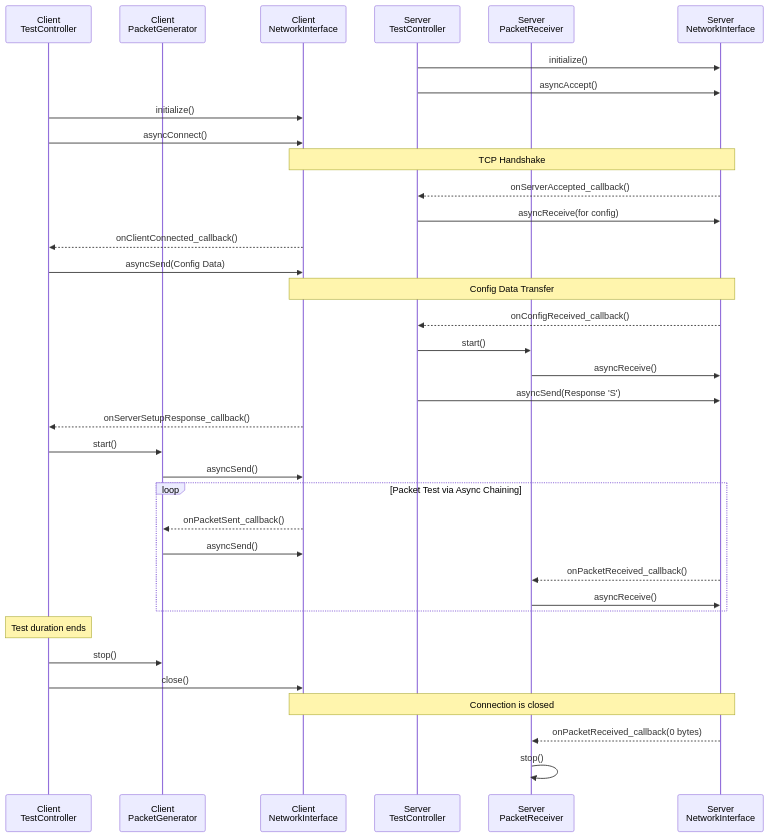
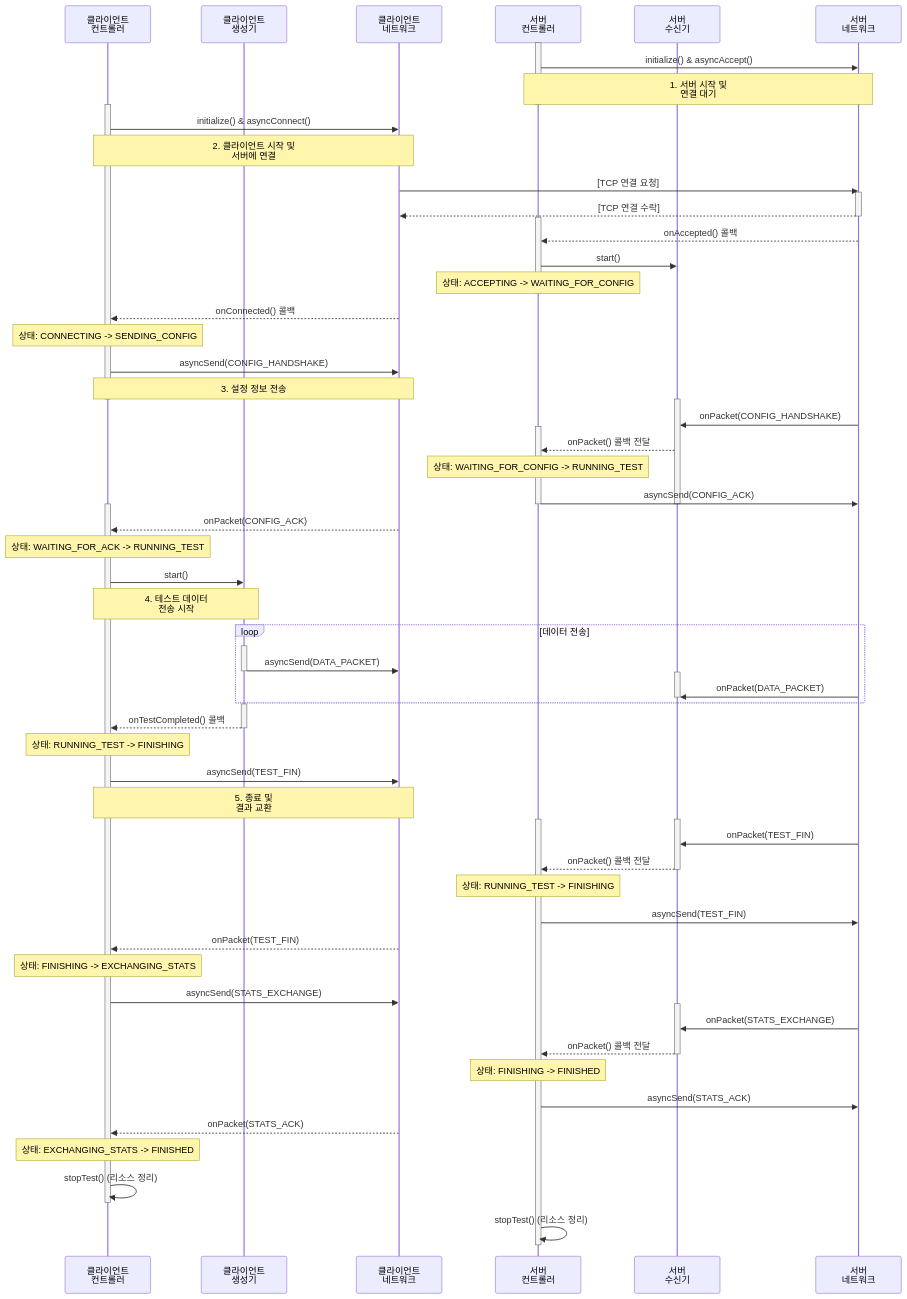
Before and after one commit to JunKIM2603a/MyIperf: the diagram in UML/SequenceDiagram.md, drawn with Mermaid. The commit also changed other lines of this file and 13 other files, not shown here.

Commit message:
데이터 교환 OK, UML 업데이트

````diff
--- a/UML/SequenceDiagram.md
+++ b/UML/SequenceDiagram.md
@@ -1,50 +7,94 @@
 ```mermaid
 sequenceDiagram
-    participant ClientTC as Client<br>TestController
-    participant ClientPG as Client<br>PacketGenerator
-    participant ClientNI as Client<br>NetworkInterface
-    participant ServerTC as Server<br>TestController
-    participant ServerPR as Server<br>PacketReceiver
-    participant ServerNI as Server<br>NetworkInterface
+    participant C_TC as 클라이언트<br>컨트롤러
+    participant C_PG as 클라이언트<br>생성기
+    participant C_NI as 클라이언트<br>네트워크
+    participant S_TC as 서버<br>컨트롤러
+    participant S_PR as 서버<br>수신기
+    participant S_NI as 서버<br>네트워크
+
+    activate S_TC
+    S_TC->>S_NI: initialize() & asyncAccept()
+    note over S_TC, S_NI: 1. 서버 시작 및<br>연결 대기
+    deactivate S_TC
+
+    activate C_TC
+    C_TC->>C_NI: initialize() & asyncConnect()
+    note over C_TC, C_NI: 2. 클라이언트 시작 및<br>서버에 연결
     
-    ServerTC->>ServerNI: initialize()
-    ServerTC->>ServerNI: asyncAccept()
+    C_NI->>S_NI: [TCP 연결 요청]
+    activate S_NI
+    S_NI-->>C_NI: [TCP 연결 수락]
+    deactivate S_NI
+
+    activate S_TC
+    S_NI-->>S_TC: onAccepted() 콜백
+    S_TC->>S_PR: start()
+    note over S_TC: 상태: ACCEPTING -> WAITING_FOR_CONFIG
+    deactivate S_TC
     
-    ClientTC->>ClientNI: initialize()
-    ClientTC->>ClientNI: asyncConnect()
+    C_NI-->>C_TC: onConnected() 콜백
+    note over C_TC: 상태: CONNECTING -> SENDING_CONFIG
+    C_TC->>C_NI: asyncSend(CONFIG_HANDSHAKE)
+    note over C_TC, C_NI: 3. 설정 정보 전송
+    deactivate C_TC
+
+    activate S_PR
+    S_NI->>S_PR: onPacket(CONFIG_HANDSHAKE)
+    activate S_TC
+    S_PR-->>S_TC: onPacket() 콜백 전달
+    note over S_TC: 상태: WAITING_FOR_CONFIG -> RUNNING_TEST
+    S_TC->>S_NI: asyncSend(CONFIG_ACK)
+    deactivate S_TC
+    deactivate S_PR
+
+    activate C_TC
+    C_NI-->>C_TC: onPacket(CONFIG_ACK)
+    note over C_TC: 상태: WAITING_FOR_ACK -> RUNNING_TEST
+    C_TC->>C_PG: start()
+    note over C_TC, C_PG: 4. 테스트 데이터<br>전송 시작
     
-    Note over ClientNI, ServerNI: TCP Handshake
-    
-    ServerNI-->>ServerTC: onServerAccepted_callback()
-    ServerTC->>ServerNI: asyncReceive(for config)
-    
-    ClientNI-->>ClientTC: onClientConnected_callback()
-    ClientTC->>ClientNI: asyncSend(Config Data)
-    
-    Note over ClientNI, ServerNI: Config Data Transfer
-    
-    ServerNI-->>ServerTC: onConfigReceived_callback()
-    ServerTC->>ServerPR: start()
-    ServerPR->>ServerNI: asyncReceive()
-    ServerTC->>ServerNI: asyncSend(Response 'S')
-    
-    ClientNI-->>ClientTC: onServerSetupResponse_callback()
-    ClientTC->>ClientPG: start()
-    ClientPG->>ClientNI: asyncSend()
-    
-    loop Packet Test via Async Chaining
-        ClientNI-->>ClientPG: onPacketSent_callback()
-        ClientPG->>ClientNI: asyncSend()
-        ServerNI-->>ServerPR: onPacketReceived_callback()
-        ServerPR->>ServerNI: asyncReceive()
+    loop 데이터 전송
+        activate C_PG
+        C_PG->>C_NI: asyncSend(DATA_PACKET)
+        deactivate C_PG
+        activate S_PR
+        S_NI->>S_PR: onPacket(DATA_PACKET)
+        deactivate S_PR
     end
     
-    Note over ClientTC: Test duration ends
-    ClientTC->>ClientPG: stop()
-    ClientTC->>ClientNI: close()
+    activate C_PG
+    C_PG-->>C_TC: onTestCompleted() 콜백
+    deactivate C_PG
+    note over C_TC: 상태: RUNNING_TEST -> FINISHING
+    C_TC->>C_NI: asyncSend(TEST_FIN)
+    note over C_TC, C_NI: 5. 종료 및<br>결과 교환
     
-    Note over ClientNI, ServerNI: Connection is closed
+    activate S_TC
+    activate S_PR
+    S_NI->>S_PR: onPacket(TEST_FIN)
+    S_PR-->>S_TC: onPacket() 콜백 전달
+    deactivate S_PR
+    note over S_TC: 상태: RUNNING_TEST -> FINISHING
+    S_TC->>S_NI: asyncSend(TEST_FIN)
     
-    ServerNI-->>ServerPR: onPacketReceived_callback(0 bytes)
-    ServerPR->>ServerPR: stop()
-```    
+    C_NI-->>C_TC: onPacket(TEST_FIN)
+    note over C_TC: 상태: FINISHING -> EXCHANGING_STATS
+    C_TC->>C_NI: asyncSend(STATS_EXCHANGE)
+    
+    activate S_PR
+    S_NI->>S_PR: onPacket(STATS_EXCHANGE)
+    S_PR-->>S_TC: onPacket() 콜백 전달
+    deactivate S_PR
+    note over S_TC: 상태: FINISHING -> FINISHED
+    S_TC->>S_NI: asyncSend(STATS_ACK)
+    
+    C_NI-->>C_TC: onPacket(STATS_ACK)
+    note over C_TC: 상태: EXCHANGING_STATS -> FINISHED
+    
+    C_TC->>C_TC: stopTest() (리소스 정리)
+    deactivate C_TC
+    
+    S_TC->>S_TC: stopTest() (리소스 정리)
+    deactivate S_TC
+```
````
